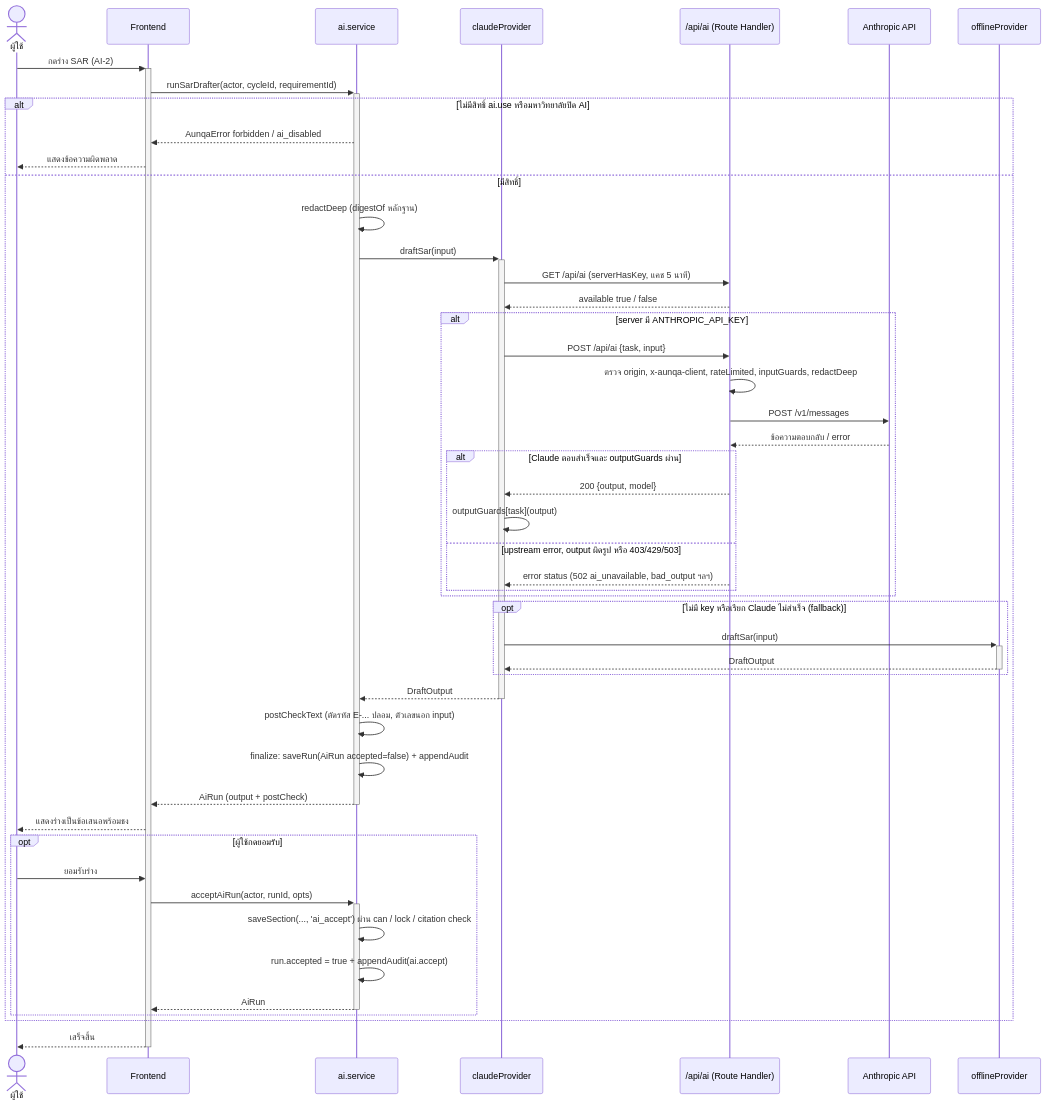
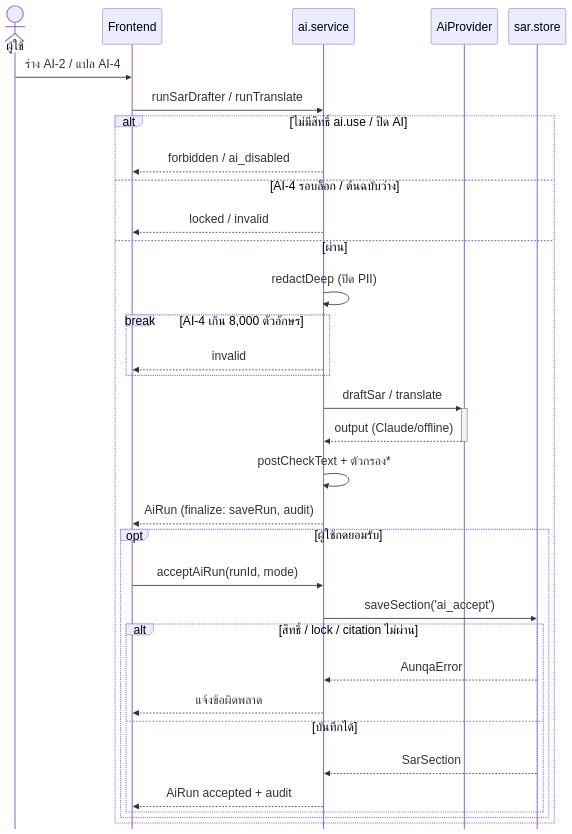
The diagram in docs/diagrams/seq-ai-pipeline.mmd (sunthanathza5566/project-mockup), drawn with Mermaid before and after one commit. The commit also changed 9 other files, not shown here.

```diff
--- a/docs/diagrams/seq-ai-pipeline.mmd
+++ b/docs/diagrams/seq-ai-pipeline.mmd
@@ -1,49 +1,35 @@
-%% source: eduflow-next/lib/api/ai.service.ts:139-160,316-348; ai/claude.ts:19-47; app/api/ai/route.ts:54-109; ai/postcheck.ts | task: TASK-0001 | updated: 2026-10-21
+%% source: eduflow-next/lib/api/ai.service.ts:39-89 (getProvider, finalize, judgementFilter), 144-167 (runSarDrafter), 217-282 (runTranslate), 396-444 (acceptAiRun); lib/api/sar.store.ts:52-79 | task: TASK-0001 | updated: 2026-10-22
+%%{init: {"fontSize": 22, "sequence": {"mirrorActors": false, "actorMargin": 20, "width": 100}}}%%
 sequenceDiagram
   actor U as ผู้ใช้
   participant UI as Frontend
   participant S as ai.service
-  participant P as claudeProvider
-  participant R as /api/ai (Route Handler)
-  participant C as Anthropic API
-  participant O as offlineProvider
-  U->>+UI: กดร่าง SAR (AI-2)
-  UI->>+S: runSarDrafter(actor, cycleId, requirementId)
-  alt ไม่มีสิทธิ์ ai.use หรือมหาวิทยาลัยปิด AI
-    S-->>UI: AunqaError forbidden / ai_disabled
-    UI-->>U: แสดงข้อความผิดพลาด
-  else มีสิทธิ์
-    S->>S: redactDeep (digestOf หลักฐาน)
-    S->>+P: draftSar(input)
-    P->>R: GET /api/ai (serverHasKey, แคช 5 นาที)
-    R-->>P: available true / false
-    alt server มี ANTHROPIC_API_KEY
-      P->>R: POST /api/ai {task, input}
-      R->>R: ตรวจ origin, x-aunqa-client, rateLimited, inputGuards, redactDeep
-      R->>C: POST /v1/messages
-      C-->>R: ข้อความตอบกลับ / error
-      alt Claude ตอบสำเร็จและ outputGuards ผ่าน
-        R-->>P: 200 {output, model}
-        P->>P: outputGuards[task](output)
-      else upstream error, output ผิดรูป หรือ 403/429/503
-        R-->>P: error status (502 ai_unavailable, bad_output ฯลฯ)
+  participant P as AiProvider
+  participant SS as sar.store
+  U->>UI: ร่าง AI-2 / แปล AI-4
+  UI->>S: runSarDrafter / runTranslate
+  alt ไม่มีสิทธิ์ ai.use / ปิด AI
+    S-->>UI: forbidden / ai_disabled
+  else AI-4 รอบล็อก / ต้นฉบับว่าง
+    S-->>UI: locked / invalid
+  else ผ่าน
+    S->>S: redactDeep (ปิด PII)
+    break AI-4 เกิน 8,000 ตัวอักษร
+      S-->>UI: invalid
+    end
+    S->>+P: draftSar / translate
+    P-->>-S: output (Claude/offline)
+    S->>S: postCheckText + ตัวกรอง*
+    S-->>UI: AiRun (finalize: saveRun, audit)
+    opt ผู้ใช้กดยอมรับ
+      UI->>S: acceptAiRun(runId, mode)
+      S->>SS: saveSection('ai_accept')
+      alt สิทธิ์ / lock / citation ไม่ผ่าน
+        SS-->>S: AunqaError
+        S-->>UI: แจ้งข้อผิดพลาด
+      else บันทึกได้
+        SS-->>S: SarSection
+        S-->>UI: AiRun accepted + audit
       end
     end
-    opt ไม่มี key หรือเรียก Claude ไม่สำเร็จ (fallback)
-      P->>+O: draftSar(input)
-      O-->>-P: DraftOutput
-    end
-    P-->>-S: DraftOutput
-    S->>S: postCheckText (ตัดรหัส E-... ปลอม, ตัวเลขนอก input)
-    S->>S: finalize: saveRun(AiRun accepted=false) + appendAudit
-    S-->>-UI: AiRun (output + postCheck)
-    UI-->>U: แสดงร่างเป็นข้อเสนอพร้อมธง
-    opt ผู้ใช้กดยอมรับ
-      U->>UI: ยอมรับร่าง
-      UI->>+S: acceptAiRun(actor, runId, opts)
-      S->>S: saveSection(..., 'ai_accept') ผ่าน can / lock / citation check
-      S->>S: run.accepted = true + appendAudit(ai.accept)
-      S-->>-UI: AiRun
-    end
   end
-  UI-->>-U: เสร็จสิ้น
```
